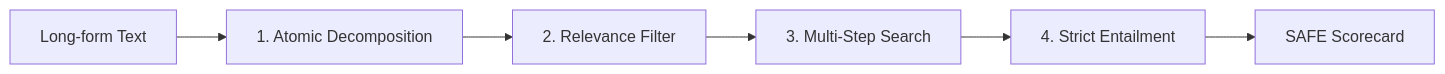
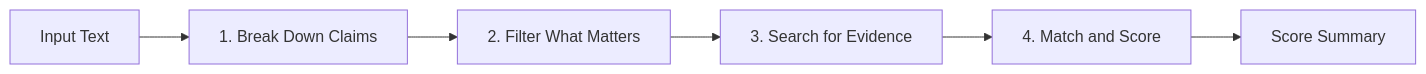
One commit to pyscriptcli/sherlock changed the diagram in README.md. Above: the diagram before and after it, drawn with Mermaid. The commit also changed other lines of this file and 3 other files, not shown here.

````diff
--- a/README.md
+++ b/README.md
@@ -27,8 +27,8 @@
 ```mermaid
 flowchart LR
-    A["Long-form Text"] --> B["1. Atomic Decomposition"]
-    B --> C["2. Relevance Filter"]
-    C --> D["3. Multi-Step Search"]
-    D --> E["4. Strict Entailment"]
-    E --> F["SAFE Scorecard"]
+    A["Input Text"] --> B["1. Break Down Claims"]
+    B --> C["2. Filter What Matters"]
+    C --> D["3. Search for Evidence"]
+    D --> E["4. Match and Score"]
+    E --> F["Score Summary"]
 ```
````
